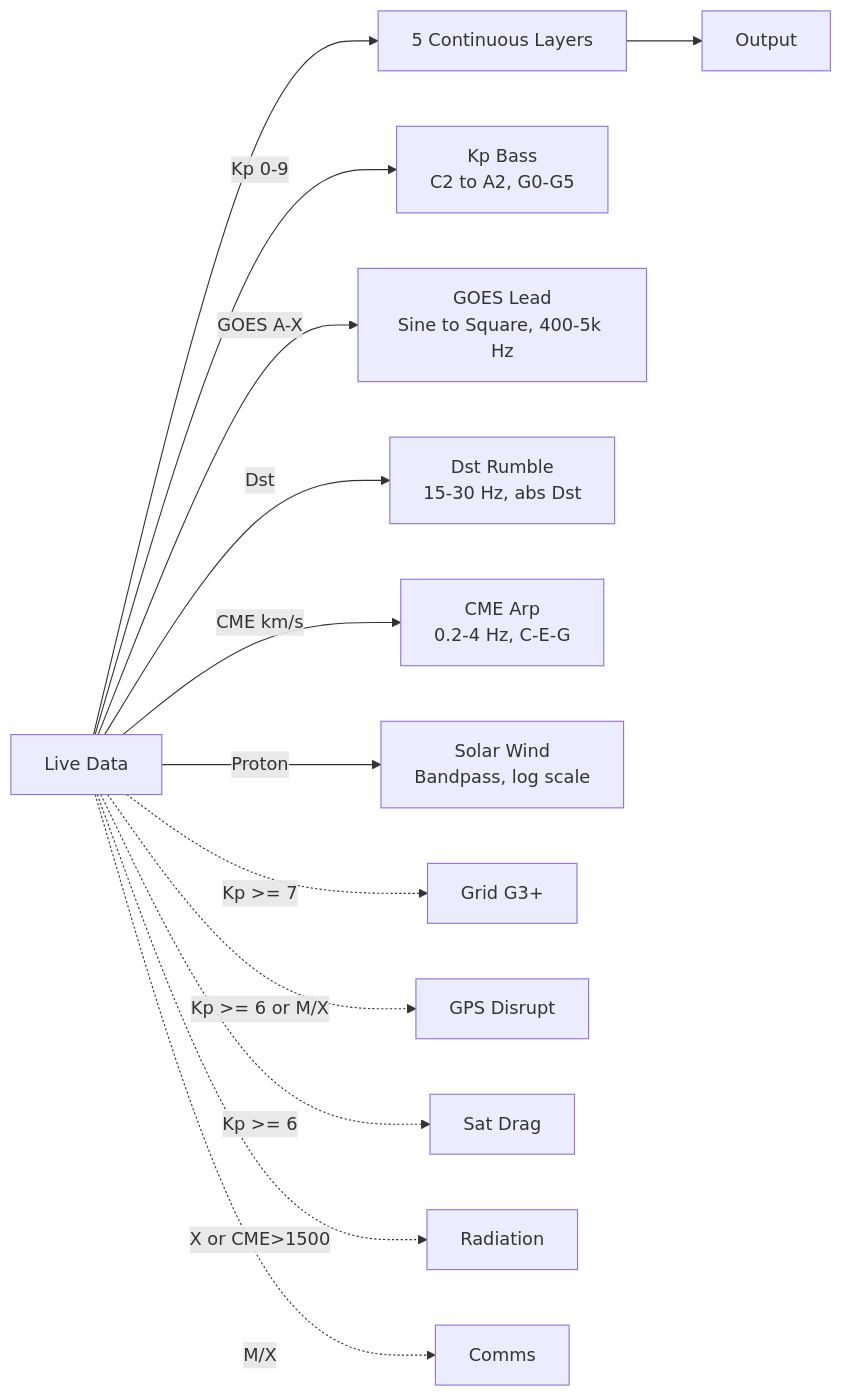
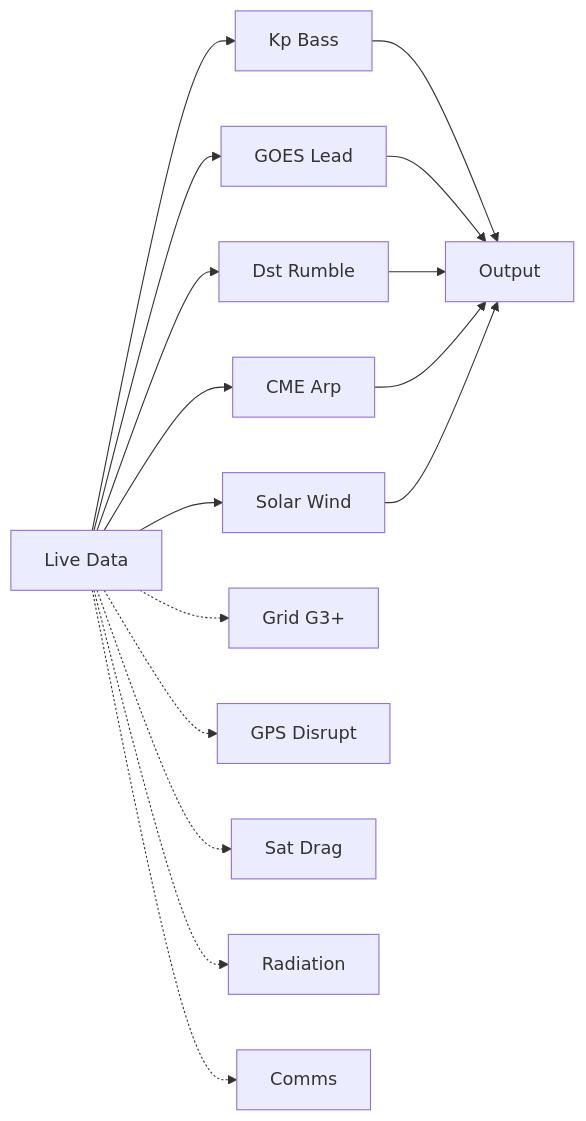
Before and after one commit to CTRLD3FEAT/Heliophon: the first of 3 diagrams in README.md, drawn with Mermaid. The commit also changed other lines of this file, not shown here.

Commit message:
docs: simplify Mermaid diagrams to fit single window
- Audio Architecture: compact 5-layer fan-in + alert fan-out
- Cosmic Visualization: single-line pipeline
- Architecture: grouped fan-out from page, minimal edges

````diff
--- a/README.md
+++ b/README.md
@@ -27,17 +27,14 @@
 ```mermaid
 flowchart LR
-    Data[Live Data] --> Layers[5 Continuous Layers]
-    Layers --> Audio[Output]
-    
-    Data -->|Kp 0-9| L1[Kp Bass<br/>C2 to A2, G0-G5]
-    Data -->|GOES A-X| L2[GOES Lead<br/>Sine to Square, 400-5k Hz]
-    Data -->|Dst| L3[Dst Rumble<br/>15-30 Hz, abs Dst]
-    Data -->|CME km/s| L4[CME Arp<br/>0.2-4 Hz, C-E-G]
-    Data -->|Proton| L5[Solar Wind<br/>Bandpass, log scale]
-    
-    Data -.->|Kp >= 7| A1[Grid G3+]
-    Data -.->|Kp >= 6 or M/X| A2[GPS Disrupt]
-    Data -.->|Kp >= 6| A3[Sat Drag]
-    Data -.->|X or CME>1500| A4[Radiation]
-    Data -.->|M/X| A5[Comms]
+    Data[Live Data] --> L1[Kp Bass]
+    Data --> L2[GOES Lead]
+    Data --> L3[Dst Rumble]
+    Data --> L4[CME Arp]
+    Data --> L5[Solar Wind]
+    L1 & L2 & L3 & L4 & L5 --> Audio[Output]
+    Data -.-> A1[Grid G3+]
+    Data -.-> A2[GPS Disrupt]
+    Data -.-> A3[Sat Drag]
+    Data -.-> A4[Radiation]
+    Data -.-> A5[Comms]
 ```
````
